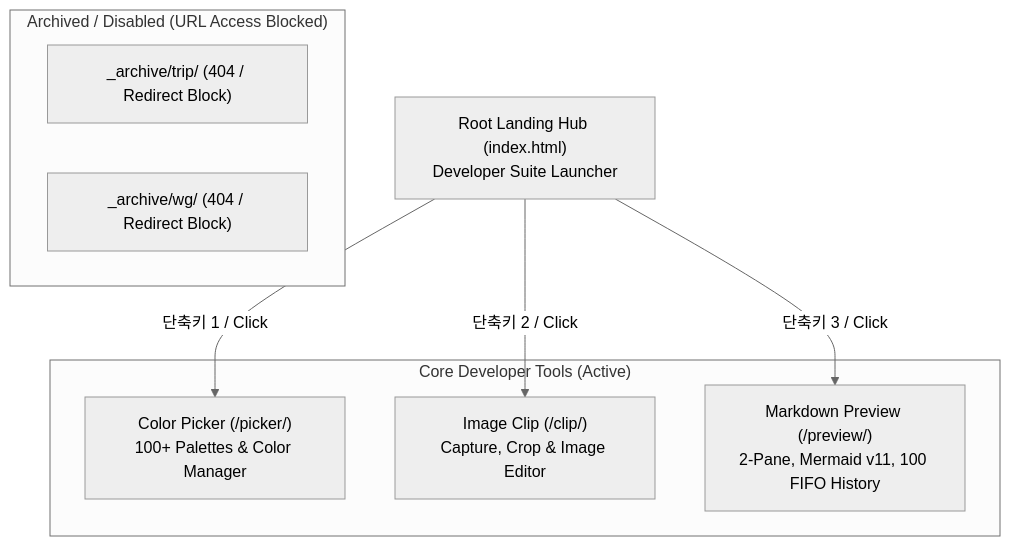
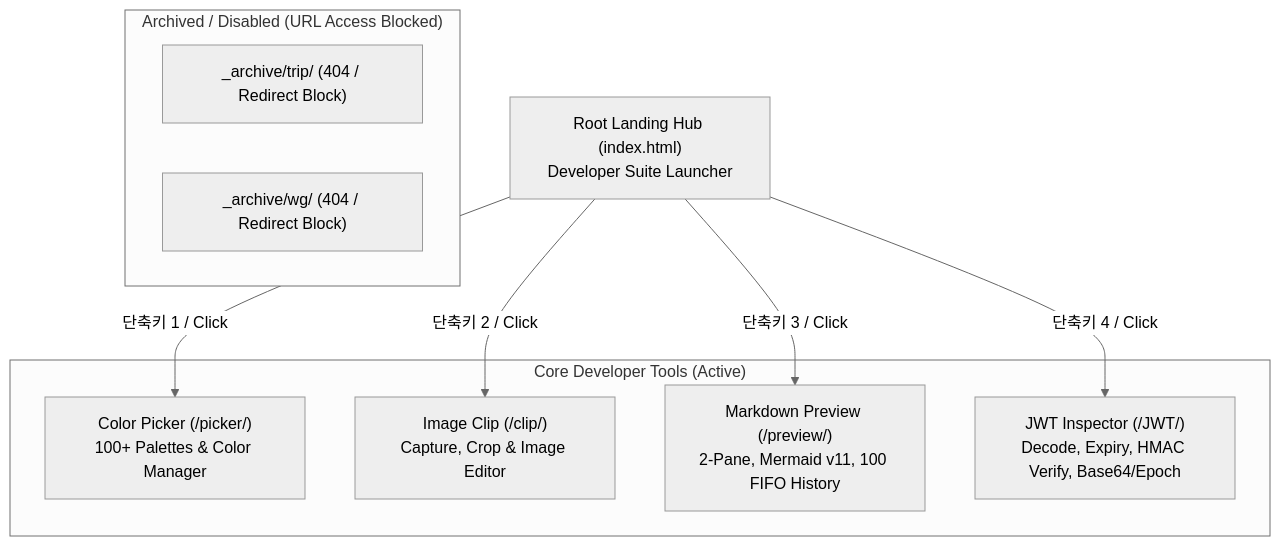
Before and after one commit to jacobayc/color-picker: the diagram in .agents/LIVING_SPEC.md, drawn with Mermaid (neutral theme). The commit also changed other lines of this file and 2 other files, not shown here.

First line of the commit message:
feat: 4번 유틸리티 JWT Inspector(/JWT/) 구축 및 런처 연동

````diff
--- a/.agents/LIVING_SPEC.md
+++ b/.agents/LIVING_SPEC.md
@@ -3,19 +3,21 @@
 ```mermaid
 flowchart TD
     ROOT["Root Landing Hub (index.html)<br/>Developer Suite Launcher"]
 
     subgraph Tools ["Core Developer Tools (Active)"]
         PICKER["Color Picker (/picker/)<br/>100+ Palettes & Color Manager"]
         CLIP["Image Clip (/clip/)<br/>Capture, Crop & Image Editor"]
         PREVIEW["Markdown Preview (/preview/)<br/>2-Pane, Mermaid v11, 100 FIFO History"]
+        JWT["JWT Inspector (/JWT/)<br/>Decode, Expiry, HMAC Verify, Base64/Epoch"]
     end
 
     subgraph Archived ["Archived / Disabled (URL Access Blocked)"]
         TRIP["_archive/trip/ (404 / Redirect Block)"]
         WG["_archive/wg/ (404 / Redirect Block)"]
     end
 
     ROOT -->|단축키 1 / Click| PICKER
     ROOT -->|단축키 2 / Click| CLIP
     ROOT -->|단축키 3 / Click| PREVIEW
+    ROOT -->|단축키 4 / Click| JWT
 ```
````
